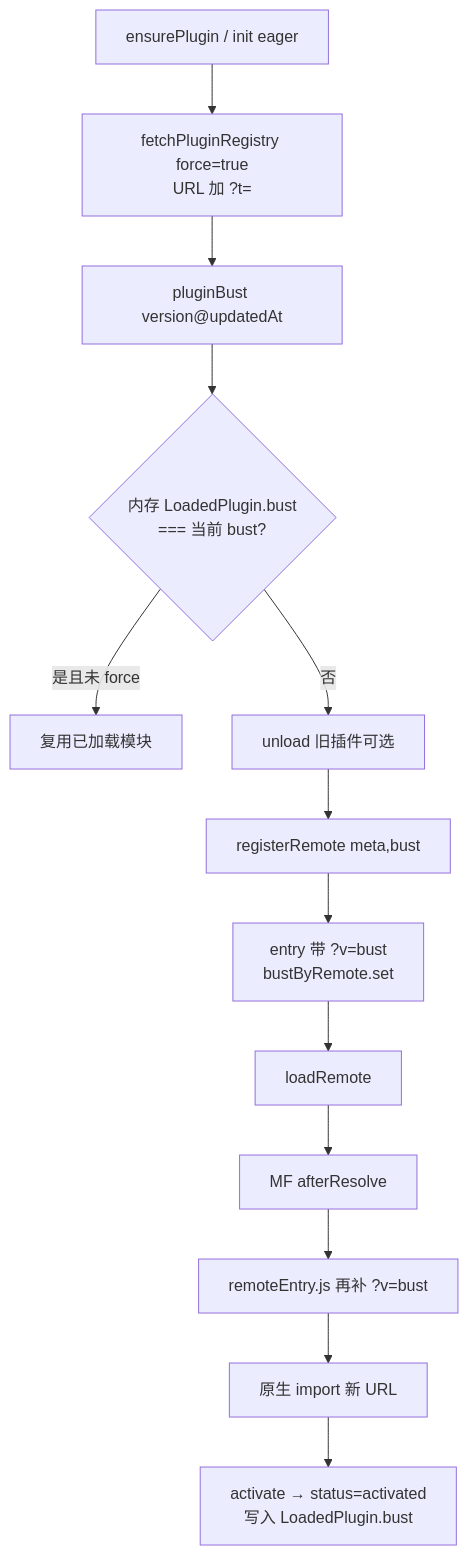
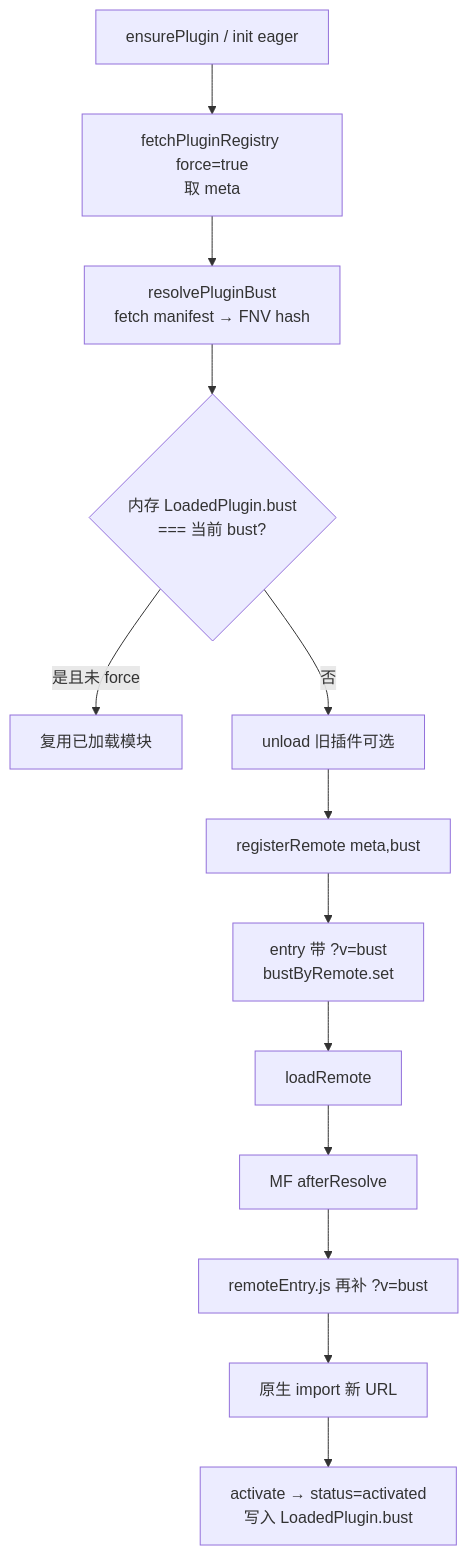
Before and after one commit to dnhyxc/dnhyxc-ai: the third of 5 diagrams in apps/frontend/src/plugins/docs/mf-implementation-guide.md, drawn with Mermaid. The commit also changed other lines of this file and 22 other files, not shown here.

````diff
--- a/apps/frontend/src/plugins/docs/mf-implementation-guide.md
+++ b/apps/frontend/src/plugins/docs/mf-implementation-guide.md
@@ -2377,15 +2452,15 @@
 ```mermaid
 flowchart TD
-  A[ensurePlugin / init eager] --> B[fetchPluginRegistry force=true<br/>URL 加 ?t=]
-  B --> C[pluginBust version@updatedAt]
+  A[ensurePlugin / init eager] --> B[fetchPluginRegistry force=true<br/>取 meta]
+  B --> C[resolvePluginBust<br/>fetch manifest → FNV hash]
   C --> D{内存 LoadedPlugin.bust<br/>=== 当前 bust?}
   D -->|是且未 force| E[复用已加载模块]
   D -->|否| F[unload 旧插件可选]
   F --> G[registerRemote meta,bust]
   G --> H[entry 带 ?v=bust<br/>bustByRemote.set]
   H --> I[loadRemote]
   I --> J[MF afterResolve]
   J --> K[remoteEntry.js 再补 ?v=bust]
   K --> L[原生 import 新 URL]
   L --> M[activate → status=activated<br/>写入 LoadedPlugin.bust]
 ```
````
